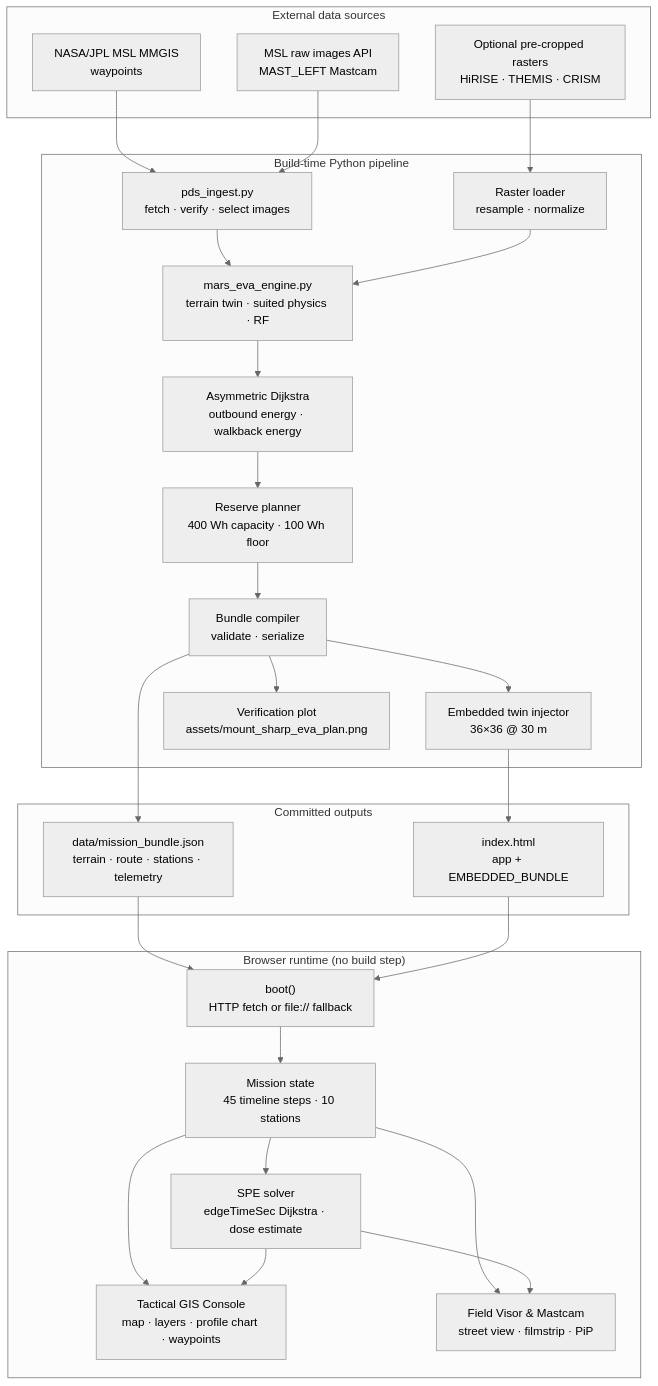
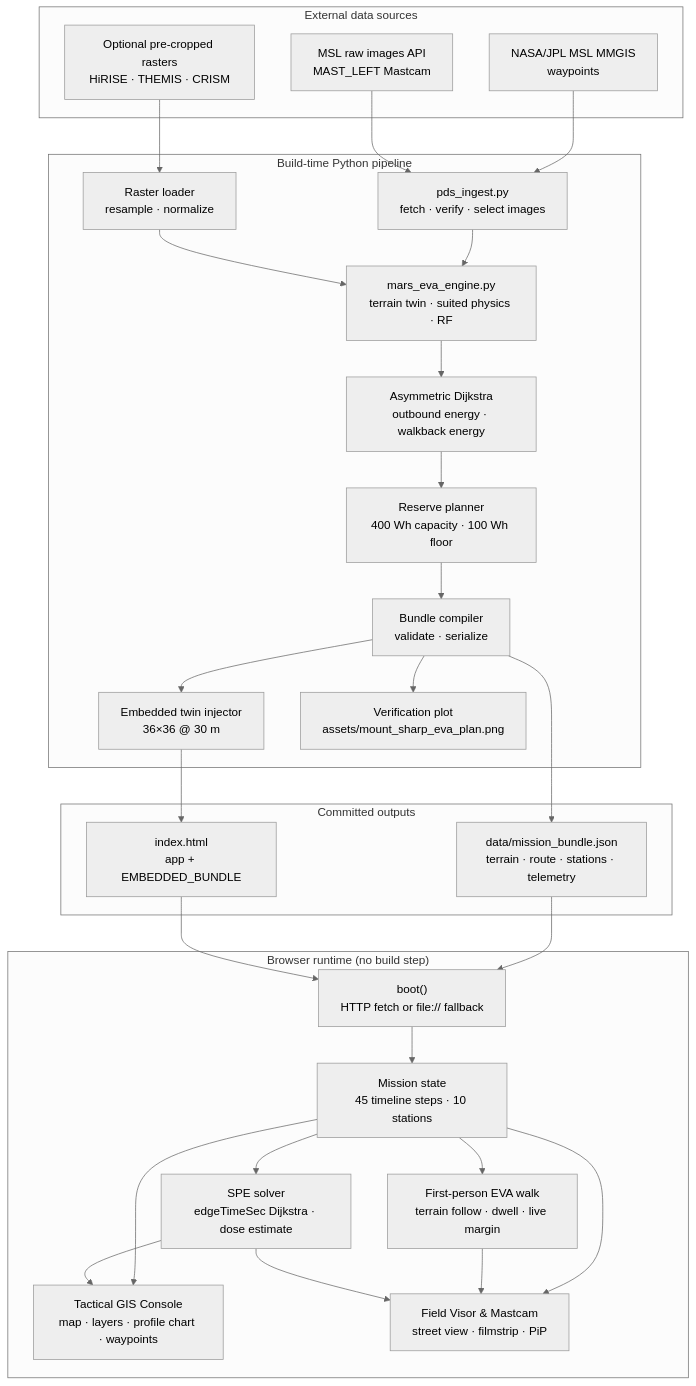
One commit to GitTanish/ares-walk changed the diagram in README.md. Above: the diagram before and after it, drawn with Mermaid. The commit also changed other lines of this file and 2 other files, not shown here.

First line of the commit message:
Add first-person certified-route EVA walk

````diff
--- a/README.md
+++ b/README.md
@@ -81,54 +82,57 @@
 ```mermaid
 %%{init: {'theme': 'neutral'}}%%
 flowchart TB
     subgraph SOURCES["External data sources"]
         WP["NASA/JPL MSL MMGIS<br/>waypoints"]
         MC["MSL raw images API<br/>MAST_LEFT Mastcam"]
         RS["Optional pre-cropped rasters<br/>HiRISE · THEMIS · CRISM"]
     end
 
     subgraph BUILD["Build-time Python pipeline"]
         ING["pds_ingest.py<br/>fetch · verify · select images"]
         RAST["Raster loader<br/>resample · normalize"]
         ENG["mars_eva_engine.py<br/>terrain twin · suited physics · RF"]
         ROUTE["Asymmetric Dijkstra<br/>outbound energy · walkback energy"]
         RES["Reserve planner<br/>400 Wh capacity · 100 Wh floor"]
         COMP["Bundle compiler<br/>validate · serialize"]
         FALL["Embedded twin injector<br/>36×36 @ 30 m"]
         PLOT["Verification plot<br/>assets/mount_sharp_eva_plan.png"]
     end
 
     subgraph OUTPUTS["Committed outputs"]
         BUNDLE["data/mission_bundle.json<br/>terrain · route · stations · telemetry"]
         INDEX["index.html<br/>app + EMBEDDED_BUNDLE"]
     end
 
     subgraph RUNTIME["Browser runtime (no build step)"]
         BOOT["boot()<br/>HTTP fetch or file:// fallback"]
         STATE["Mission state<br/>45 timeline steps · 10 stations"]
         CONSOLE["Tactical GIS Console<br/>map · layers · profile chart · waypoints"]
         VISOR["Field Visor & Mastcam<br/>street view · filmstrip · PiP"]
+        WALK["First-person EVA walk<br/>terrain follow · dwell · live margin"]
         SPE["SPE solver<br/>edgeTimeSec Dijkstra · dose estimate"]
     end
 
     WP --> ING
     MC --> ING
     RS --> RAST
     ING --> ENG
     RAST --> ENG
     ENG --> ROUTE
     ROUTE --> RES
     RES --> COMP
     COMP --> BUNDLE
     COMP --> PLOT
     COMP --> FALL
     FALL --> INDEX
     BUNDLE --> BOOT
     INDEX --> BOOT
     BOOT --> STATE
     STATE --> CONSOLE
     STATE --> VISOR
+    STATE --> WALK
     STATE --> SPE
+    WALK --> VISOR
     SPE --> CONSOLE
     SPE --> VISOR
 ```
````
